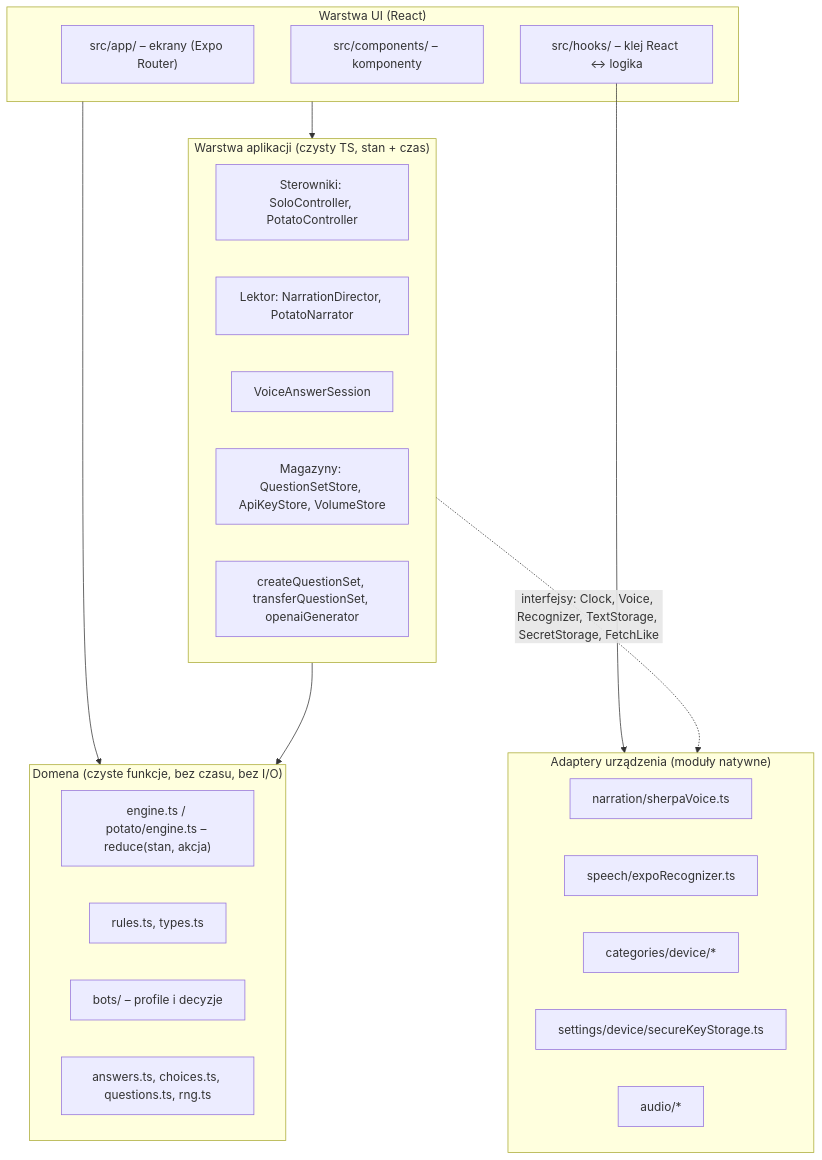
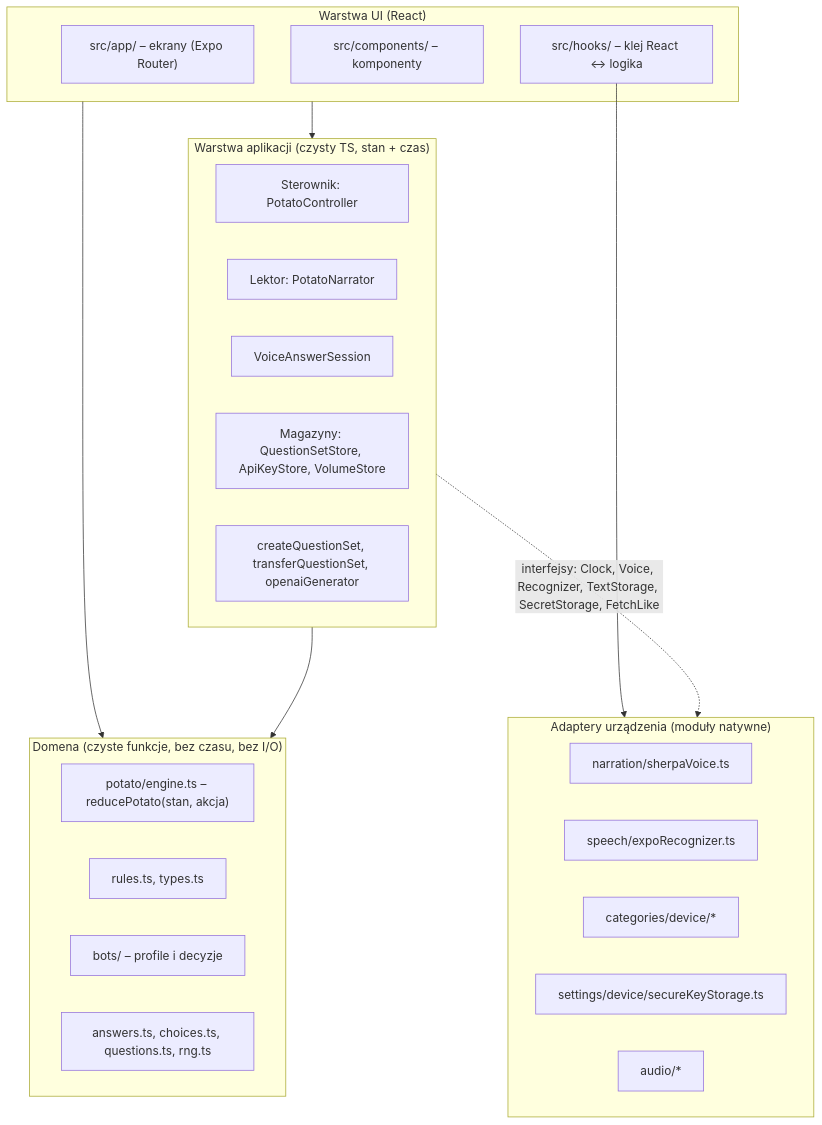
Before and after one commit to pelkabart/JedenZWielu: the second of 5 diagrams in docs/ARCHITEKTURA.md, drawn with Mermaid. The commit also changed other lines of this file and 56 other files, not shown here.

````diff
--- a/docs/ARCHITEKTURA.md
+++ b/docs/ARCHITEKTURA.md
@@ -52,33 +52,33 @@
 ```mermaid
 flowchart TB
     subgraph UI["Warstwa UI (React)"]
         Routes["src/app/ – ekrany (Expo Router)"]
         Comp["src/components/ – komponenty"]
         Hooks["src/hooks/ – klej React ↔ logika"]
     end
     subgraph App["Warstwa aplikacji (czysty TS, stan + czas)"]
-        Ctrl["Sterowniki: SoloController, PotatoController"]
-        Narr["Lektor: NarrationDirector, PotatoNarrator"]
+        Ctrl["Sterownik: PotatoController"]
+        Narr["Lektor: PotatoNarrator"]
         Voice["VoiceAnswerSession"]
         Stores["Magazyny: QuestionSetStore, ApiKeyStore, VolumeStore"]
         CatFlow["createQuestionSet, transferQuestionSet, openaiGenerator"]
     end
     subgraph Domain["Domena (czyste funkcje, bez czasu, bez I/O)"]
-        Engine["engine.ts / potato/engine.ts – reduce(stan, akcja)"]
+        Engine["potato/engine.ts – reducePotato(stan, akcja)"]
         Rules["rules.ts, types.ts"]
         Bots["bots/ – profile i decyzje"]
         Ans["answers.ts, choices.ts, questions.ts, rng.ts"]
     end
     subgraph Device["Adaptery urządzenia (moduły natywne)"]
         Sherpa["narration/sherpaVoice.ts"]
         Rec["speech/expoRecognizer.ts"]
         Files["categories/device/*"]
         Secure["settings/device/secureKeyStorage.ts"]
         Audio["audio/*"]
     end
     UI --> App
     UI --> Domain
     App --> Domain
     Hooks --> Device
     App -. interfejsy: Clock, Voice, Recognizer, TextStorage, SecretStorage, FetchLike .-> Device
 ```
````
